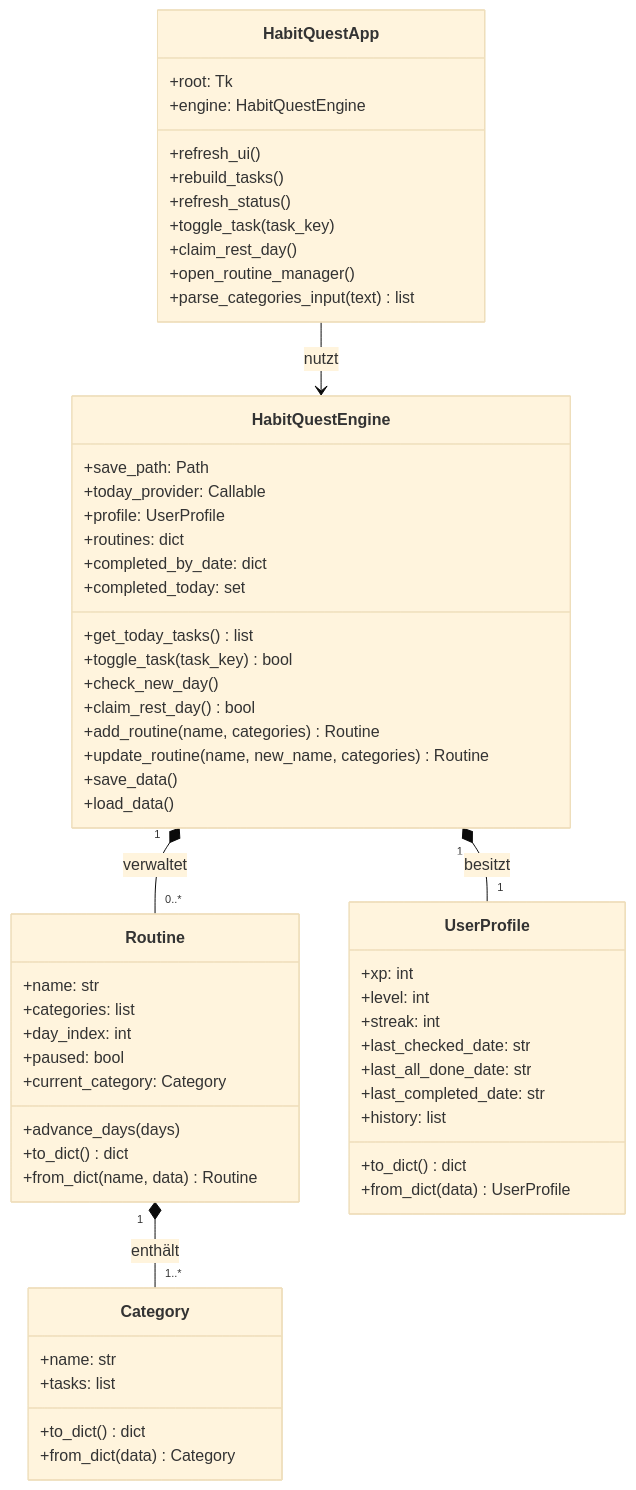
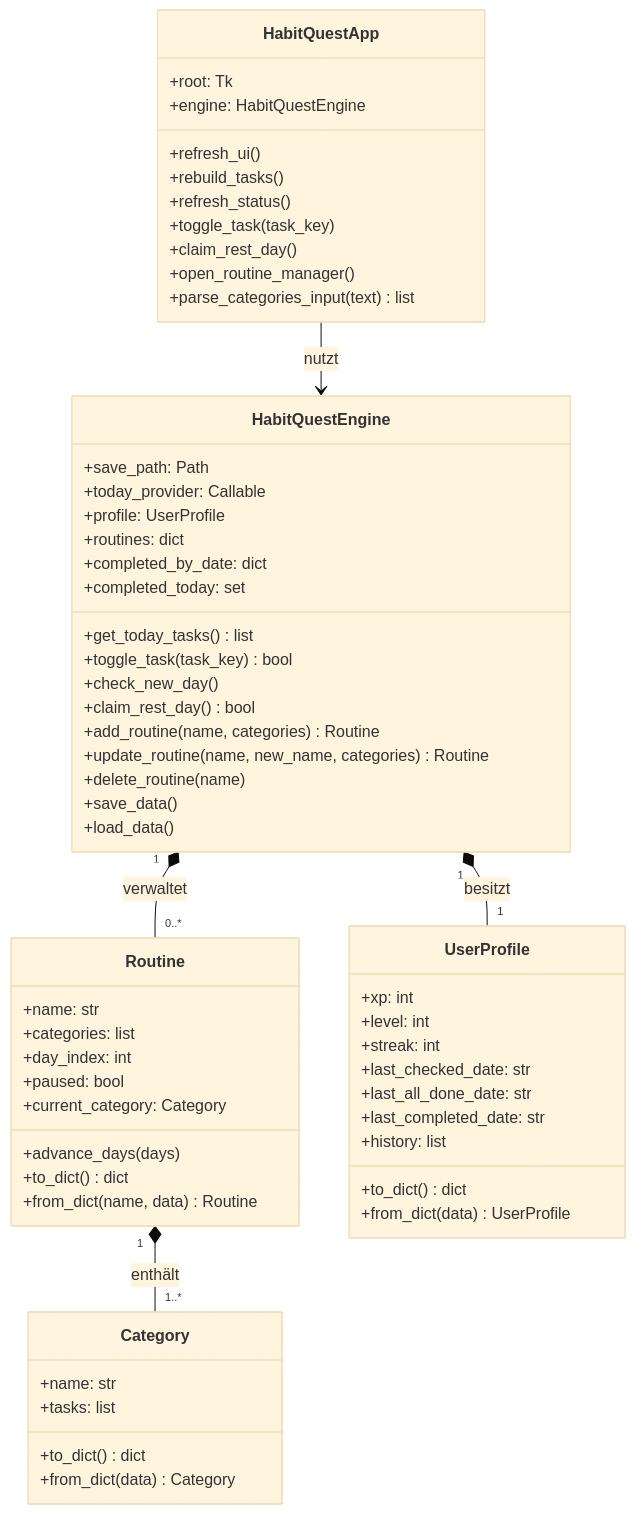
One commit to LordTomate/HabitQuest changed the diagram in README.md. Above: the diagram before and after it, drawn with Mermaid (base theme). The commit also changed other lines of this file, not shown here.

First line of the commit message:
docs(readme): document routine deletion

````diff
--- a/README.md
+++ b/README.md
@@ -172,66 +172,67 @@
 ```mermaid
 classDiagram
     class HabitQuestApp {
         +root: Tk
         +engine: HabitQuestEngine
         +refresh_ui()
         +rebuild_tasks()
         +refresh_status()
         +toggle_task(task_key)
         +claim_rest_day()
         +open_routine_manager()
         +parse_categories_input(text) list
     }
 
     class HabitQuestEngine {
         +save_path: Path
         +today_provider: Callable
         +profile: UserProfile
         +routines: dict
         +completed_by_date: dict
         +completed_today: set
         +get_today_tasks() list
         +toggle_task(task_key) bool
         +check_new_day()
         +claim_rest_day() bool
         +add_routine(name, categories) Routine
         +update_routine(name, new_name, categories) Routine
+        +delete_routine(name)
         +save_data()
         +load_data()
     }
 
     class Routine {
         +name: str
         +categories: list
         +day_index: int
         +paused: bool
         +current_category: Category
         +advance_days(days)
         +to_dict() dict
         +from_dict(name, data) Routine
     }
 
     class Category {
         +name: str
         +tasks: list
         +to_dict() dict
         +from_dict(data) Category
     }
 
     class UserProfile {
         +xp: int
         +level: int
         +streak: int
         +last_checked_date: str
         +last_all_done_date: str
         +last_completed_date: str
         +history: list
         +to_dict() dict
         +from_dict(data) UserProfile
     }
 
     HabitQuestApp --> HabitQuestEngine : nutzt
     HabitQuestEngine "1" *-- "1" UserProfile : besitzt
     HabitQuestEngine "1" *-- "0..*" Routine : verwaltet
     Routine "1" *-- "1..*" Category : enthält
 ```
````
